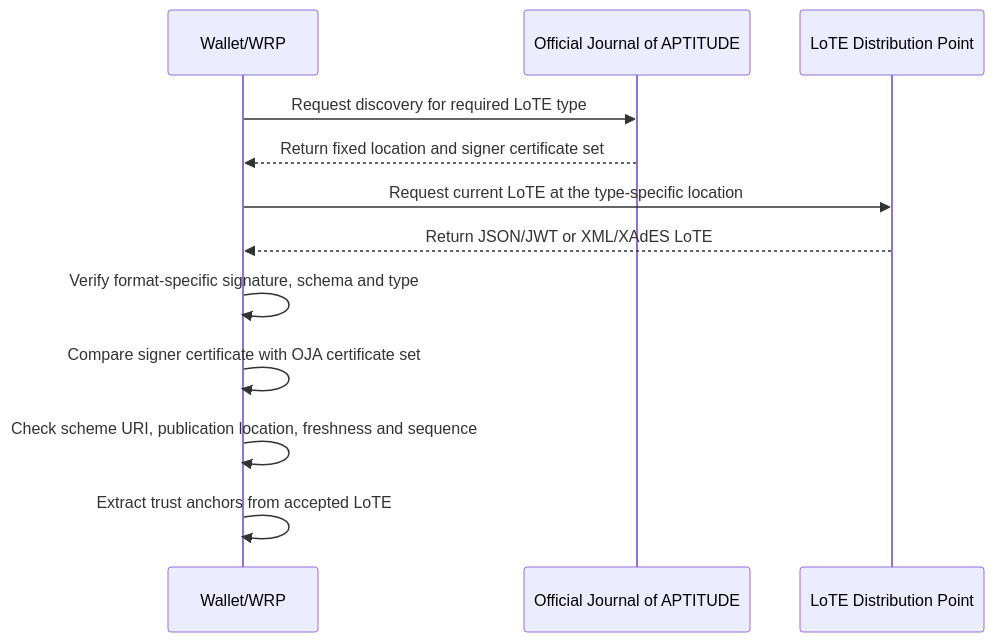
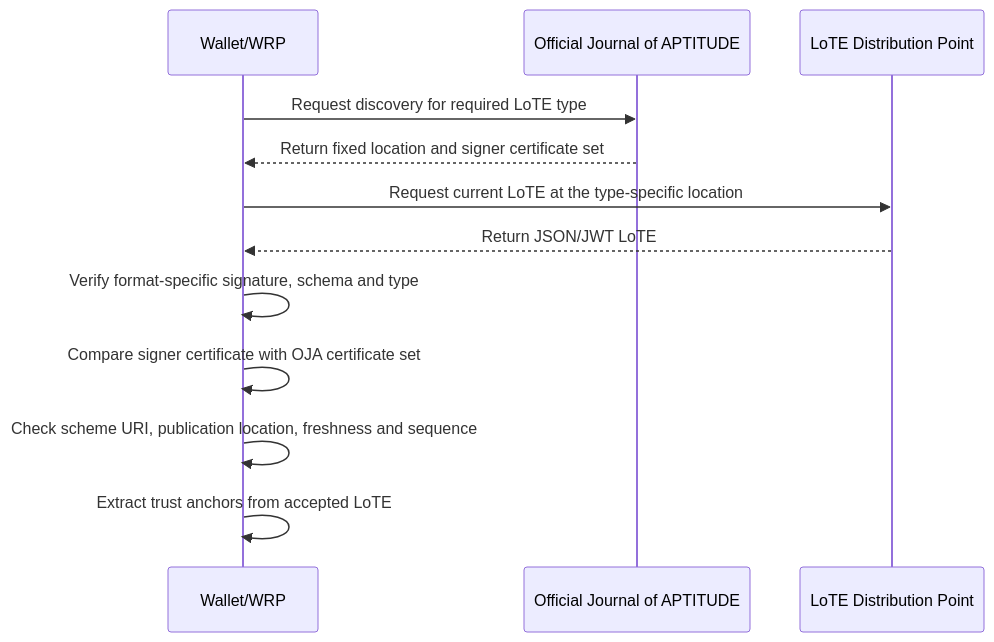
The first of 2 diagrams in docs/topics/trust-anchor-validation.md (APTITUDE-Consortium/wp2-trust-specifications), drawn with Mermaid before and after one commit. The commit also changed other lines of this file and 1 other file, not shown here.

````diff
--- a/docs/topics/trust-anchor-validation.md
+++ b/docs/topics/trust-anchor-validation.md
@@ -40,15 +43,15 @@
 ```mermaid
 sequenceDiagram
   participant Client as Wallet/WRP
   participant OJA as Official Journal of APTITUDE
   participant Distribution as LoTE Distribution Point
 
   Client->>OJA: Request discovery for required LoTE type
   OJA-->>Client: Return fixed location and signer certificate set
   Client->>Distribution: Request current LoTE at the type-specific location
-  Distribution-->>Client: Return JSON/JWT or XML/XAdES LoTE
+  Distribution-->>Client: Return JSON/JWT LoTE
   Client->>Client: Verify format-specific signature, schema and type
   Client->>Client: Compare signer certificate with OJA certificate set
   Client->>Client: Check scheme URI, publication location, freshness and sequence
   Client->>Client: Extract trust anchors from accepted LoTE
 ```
````
